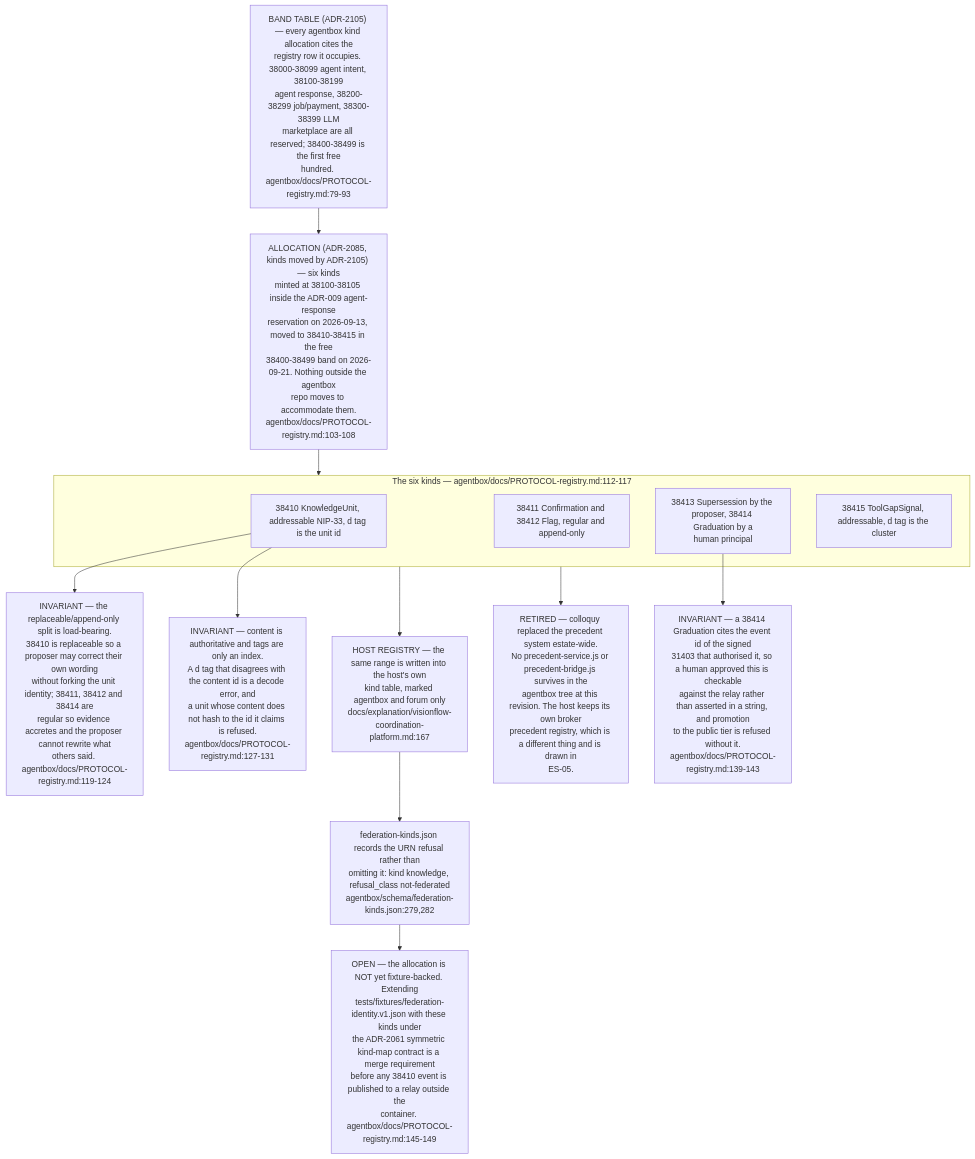
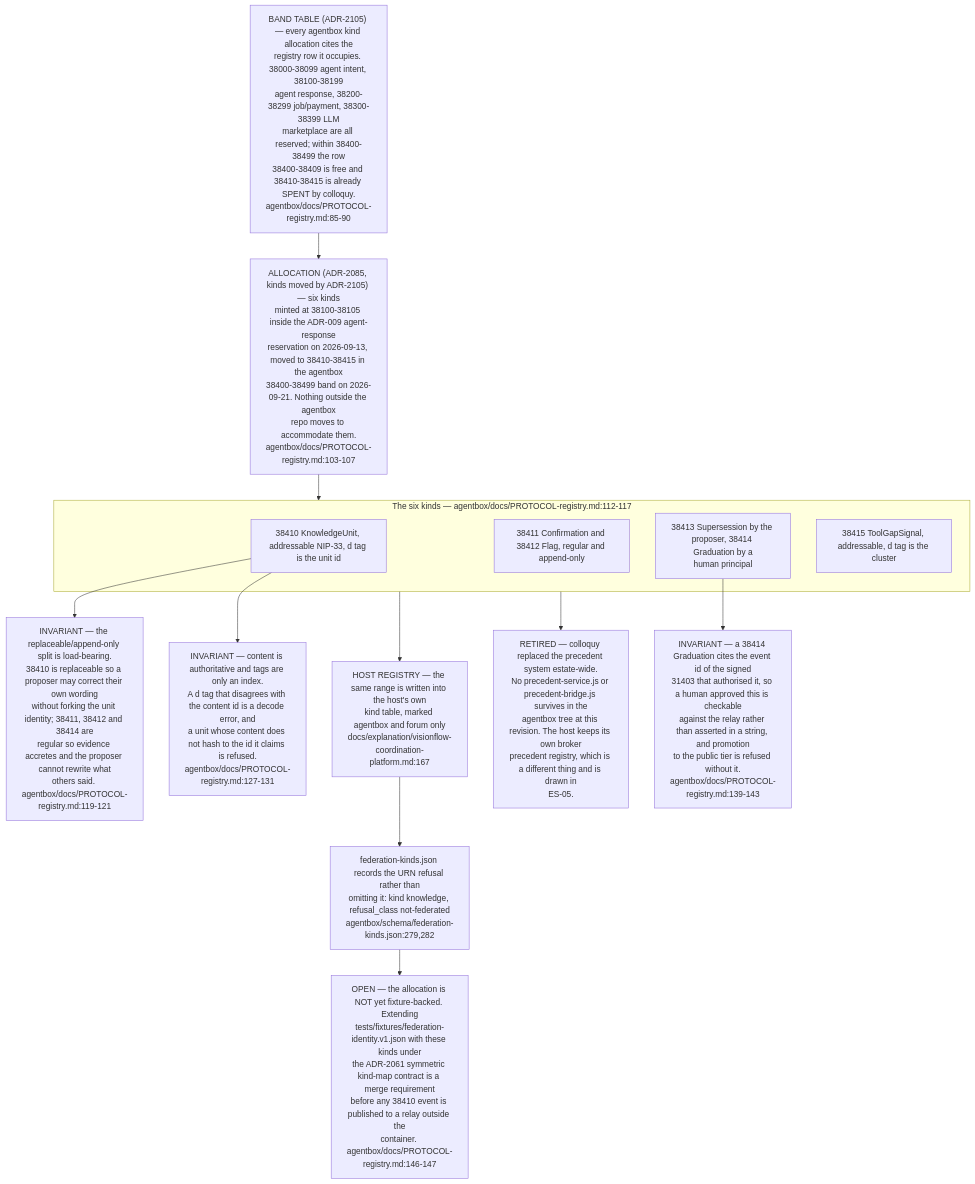
Before and after one commit to DreamLab-AI/VisionFlow: diagram 12 of 12 in docs/diagrams/estate/02-agent-events-agentbox-to-visionclaw.md, drawn with Mermaid. The commit also changed other lines of this file and 111 other files, not shown here.

Commit message:
docs(diagrams): align estate maps with current source

````diff
--- a/docs/diagrams/estate/02-agent-events-agentbox-to-visionclaw.md
+++ b/docs/diagrams/estate/02-agent-events-agentbox-to-visionclaw.md
@@ -493,33 +493,33 @@
 ```mermaid
 flowchart TB
-    BAND["BAND TABLE (ADR-2105) — every agentbox kind allocation cites the<br/>registry row it occupies. 38000-38099 agent intent, 38100-38199<br/>agent response, 38200-38299 job/payment, 38300-38399 LLM<br/>marketplace are all reserved; 38400-38499 is the first free<br/>hundred. agentbox/docs/PROTOCOL-registry.md:79-93"]
+    BAND["BAND TABLE (ADR-2105) — every agentbox kind allocation cites the<br/>registry row it occupies. 38000-38099 agent intent, 38100-38199<br/>agent response, 38200-38299 job/payment, 38300-38399 LLM<br/>marketplace are all reserved; within 38400-38499 the row<br/>38400-38409 is free and 38410-38415 is already SPENT by colloquy.<br/>agentbox/docs/PROTOCOL-registry.md:85-90"]
 
-    ALLOC["ALLOCATION (ADR-2085, kinds moved by ADR-2105) — six kinds<br/>minted at 38100-38105 inside the ADR-009 agent-response<br/>reservation on 2026-09-13, moved to 38410-38415 in the free<br/>38400-38499 band on 2026-09-21. Nothing outside the agentbox<br/>repo moves to accommodate them.<br/>agentbox/docs/PROTOCOL-registry.md:103-108"]
+    ALLOC["ALLOCATION (ADR-2085, kinds moved by ADR-2105) — six kinds<br/>minted at 38100-38105 inside the ADR-009 agent-response<br/>reservation on 2026-09-13, moved to 38410-38415 in the agentbox<br/>38400-38499 band on 2026-09-21. Nothing outside the agentbox<br/>repo moves to accommodate them.<br/>agentbox/docs/PROTOCOL-registry.md:103-107"]
     BAND --> ALLOC
 
     subgraph KINDS["The six kinds — agentbox/docs/PROTOCOL-registry.md:112-117"]
         K0["38410 KnowledgeUnit, addressable NIP-33, d tag is the unit id"]
         K1["38411 Confirmation and 38412 Flag, regular and append-only"]
         K3["38413 Supersession by the proposer, 38414 Graduation by a<br/>human principal"]
         K5["38415 ToolGapSignal, addressable, d tag is the cluster"]
     end
     ALLOC --> KINDS
 
     HOST["HOST REGISTRY — the same range is written into the host's own<br/>kind table, marked agentbox and forum only<br/>docs/explanation/visionflow-coordination-platform.md:167"]
     SCHEMA["federation-kinds.json records the URN refusal rather than<br/>omitting it: kind knowledge, refusal_class not-federated<br/>agentbox/schema/federation-kinds.json:279,282"]
     KINDS --> HOST
     HOST --> SCHEMA
 
-    INV1["INVARIANT — the replaceable/append-only split is load-bearing.<br/>38410 is replaceable so a proposer may correct their own wording<br/>without forking the unit identity; 38411, 38412 and 38414 are<br/>regular so evidence accretes and the proposer cannot rewrite what<br/>others said. agentbox/docs/PROTOCOL-registry.md:119-124"]
+    INV1["INVARIANT — the replaceable/append-only split is load-bearing.<br/>38410 is replaceable so a proposer may correct their own wording<br/>without forking the unit identity; 38411, 38412 and 38414 are<br/>regular so evidence accretes and the proposer cannot rewrite what<br/>others said. agentbox/docs/PROTOCOL-registry.md:119-121"]
     INV2["INVARIANT — content is authoritative and tags are only an index.<br/>A d tag that disagrees with the content id is a decode error, and<br/>a unit whose content does not hash to the id it claims is refused.<br/>agentbox/docs/PROTOCOL-registry.md:127-131"]
     INV3["INVARIANT — a 38414 Graduation cites the event id of the signed<br/>31403 that authorised it, so a human approved this is checkable<br/>against the relay rather than asserted in a string, and promotion<br/>to the public tier is refused without it.<br/>agentbox/docs/PROTOCOL-registry.md:139-143"]
     K0 --> INV1
     K0 --> INV2
     K3 --> INV3
 
-    OPEN["OPEN — the allocation is NOT yet fixture-backed. Extending<br/>tests/fixtures/federation-identity.v1.json with these kinds under<br/>the ADR-2061 symmetric kind-map contract is a merge requirement<br/>before any 38410 event is published to a relay outside the<br/>container. agentbox/docs/PROTOCOL-registry.md:145-149"]
+    OPEN["OPEN — the allocation is NOT yet fixture-backed. Extending<br/>tests/fixtures/federation-identity.v1.json with these kinds under<br/>the ADR-2061 symmetric kind-map contract is a merge requirement<br/>before any 38410 event is published to a relay outside the<br/>container. agentbox/docs/PROTOCOL-registry.md:146-147"]
     SCHEMA --> OPEN
 
     RETIRE["RETIRED — colloquy replaced the precedent system estate-wide.<br/>No precedent-service.js or precedent-bridge.js survives in the<br/>agentbox tree at this revision. The host keeps its own broker<br/>precedent registry, which is a different thing and is drawn in<br/>ES-05."]
     KINDS --> RETIRE
 ```
````
